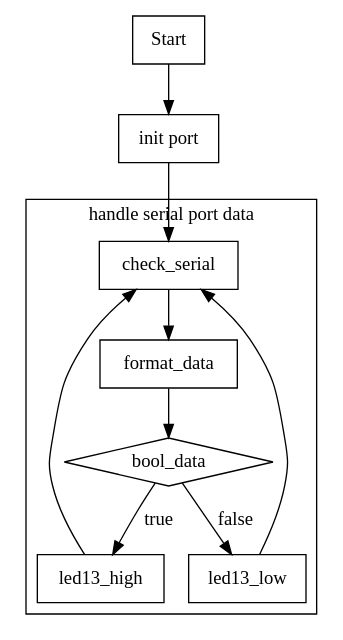
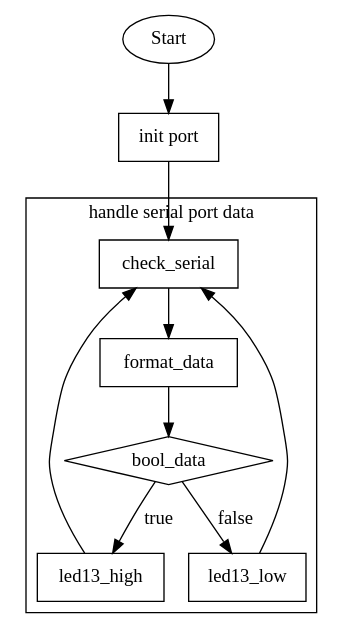
Before and after one commit to phodal/thesis: the diagram in dot/arduino.dot, drawn with Graphviz. The commit also changed 7 other files, not shown here.

```diff
--- a/dot/arduino.dot
+++ b/dot/arduino.dot
@@ -1,16 +1,16 @@
 digraph G{
   node[shape=record];
-  Start->"init port";
+  Start ->"init port";
+  Start [shape=ellipse];
   "init port"->check_serial;
   subgraph cluster{
     label="handle serial port data";
     check_serial->format_data;
     format_data->bool_data;
     bool_data->led13_high[label="true"];
     bool_data->led13_low[label="false"];
     led13_high->check_serial;
     led13_low->check_serial;
     bool_data [shape=diamond];
   }
-
 }
```
